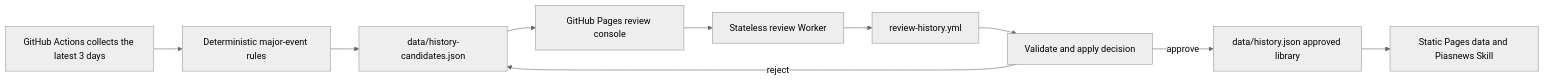
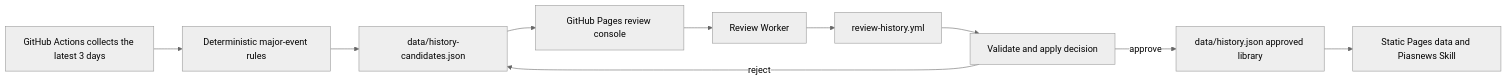
One commit to ZnonYmitY/piasnews changed the diagram in docs/requirements.md. Above: the diagram before and after it, drawn with Mermaid (neutral theme). The commit also changed other lines of this file and 14 other files, not shown here.

````diff
--- a/docs/requirements.md
+++ b/docs/requirements.md
@@ -122,12 +122,12 @@
 ```mermaid
 flowchart LR
   A["GitHub Actions collects the latest 3 days"] --> B["Deterministic major-event rules"]
   B --> C["data/history-candidates.json"]
   C --> D["GitHub Pages review console"]
-  D --> E["Stateless review Worker"]
+  D --> E["Review Worker"]
   E --> F["review-history.yml"]
   F --> G["Validate and apply decision"]
   G -->|approve| H["data/history.json approved library"]
   G -->|reject| C
   H --> I["Static Pages data and Piasnews Skill"]
 ```
````
